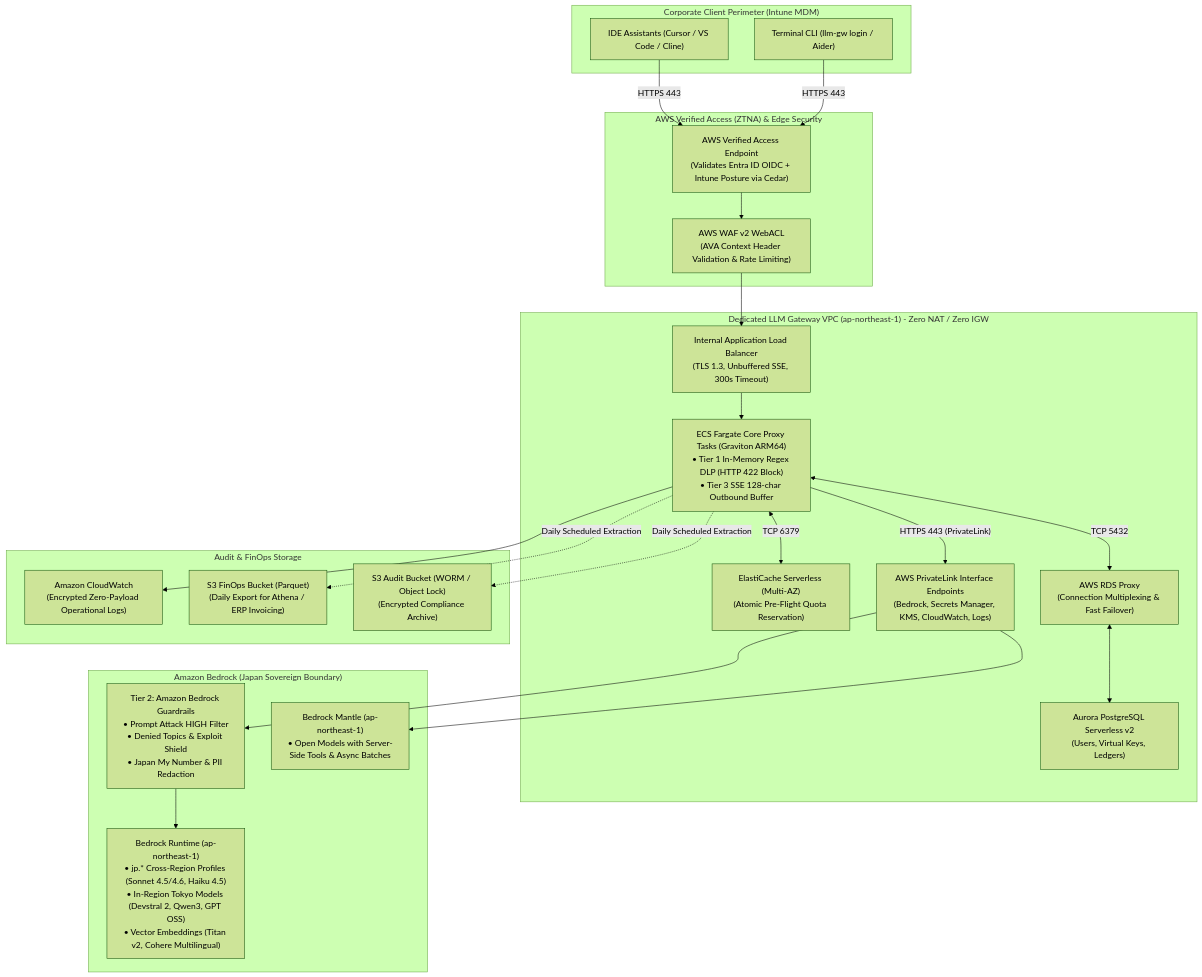
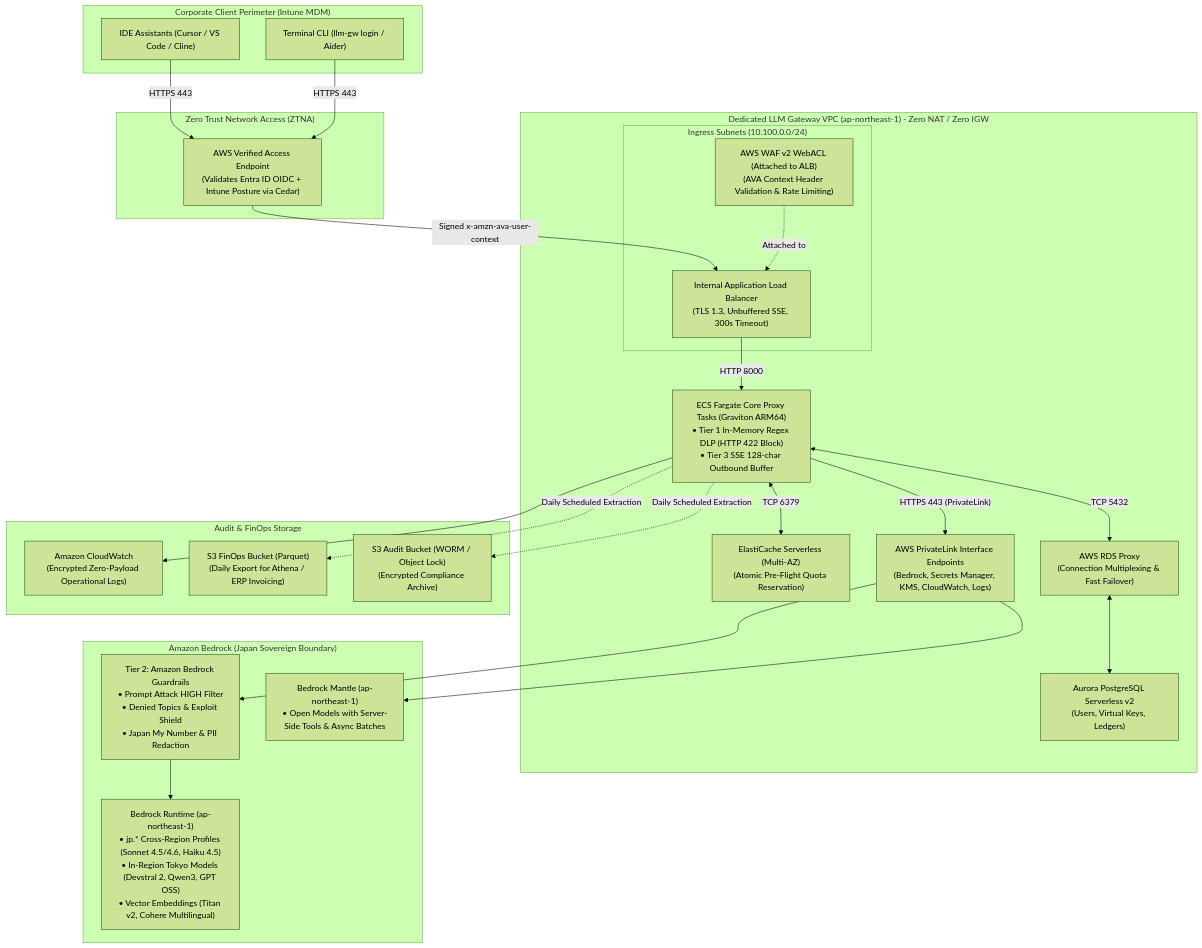
Before and after one commit to minddrop/llm-gateway: the diagram in README.md, drawn with Mermaid (forest theme). The commit also changed 2 other files, not shown here.

Commit message:
docs: align ingress framing with AWS Well-Architected VPC boundary

````diff
--- a/README.md
+++ b/README.md
@@ -49,42 +49,47 @@
 ```mermaid
 flowchart TD
     subgraph CorporateClient["Corporate Client Perimeter (Intune MDM)"]
         IDE["IDE Assistants (Cursor / VS Code / Cline)"]
         CLI["Terminal CLI (llm-gw login / Aider)"]
     end
 
-    subgraph AWS_Ingress["AWS Verified Access (ZTNA) & Edge Security"]
+    subgraph ZTNA_Ingress["Zero Trust Network Access (ZTNA)"]
         AVA["AWS Verified Access Endpoint<br/>(Validates Entra ID OIDC + Intune Posture via Cedar)"]
-        WAF["AWS WAF v2 WebACL<br/>(AVA Context Header Validation & Rate Limiting)"]
     end
 
     subgraph AWS_VPC["Dedicated LLM Gateway VPC (ap-northeast-1) - Zero NAT / Zero IGW"]
-        ALB["Internal Application Load Balancer<br/>(TLS 1.3, Unbuffered SSE, 300s Timeout)"]
+        subgraph VPC_Ingress["Ingress Subnets (10.100.0.0/24)"]
+            ALB["Internal Application Load Balancer<br/>(TLS 1.3, Unbuffered SSE, 300s Timeout)"]
+            WAF["AWS WAF v2 WebACL (Attached to ALB)<br/>(AVA Context Header Validation & Rate Limiting)"]
+        end
         Proxy["ECS Fargate Core Proxy Tasks (Graviton ARM64)<br/>• Tier 1 In-Memory Regex DLP (HTTP 422 Block)<br/>• Tier 3 SSE 128-char Outbound Buffer"]
         Redis["ElastiCache Serverless (Multi-AZ)<br/>(Atomic Pre-Flight Quota Reservation)"]
         RDS_Proxy["AWS RDS Proxy<br/>(Connection Multiplexing & Fast Failover)"]
         Aurora["Aurora PostgreSQL Serverless v2<br/>(Users, Virtual Keys, Ledgers)"]
         VPCE["AWS PrivateLink Interface Endpoints<br/>(Bedrock, Secrets Manager, KMS, CloudWatch, Logs)"]
     end
 
     subgraph Upstream_Bedrock["Amazon Bedrock (Japan Sovereign Boundary)"]
         Guardrails["Tier 2: Amazon Bedrock Guardrails<br/>• Prompt Attack HIGH Filter<br/>• Denied Topics & Exploit Shield<br/>• Japan My Number & PII Redaction"]
         Runtime["Bedrock Runtime (ap-northeast-1)<br/>• jp.* Cross-Region Profiles (Sonnet 4.5/4.6, Haiku 4.5)<br/>• In-Region Tokyo Models (Devstral 2, Qwen3, GPT OSS)<br/>• Vector Embeddings (Titan v2, Cohere Multilingual)"]
         Mantle["Bedrock Mantle (ap-northeast-1)<br/>• Open Models with Server-Side Tools & Async Batches"]
     end
 
     subgraph Storage_Telemetry["Audit & FinOps Storage"]
         CW["Amazon CloudWatch<br/>(Encrypted Zero-Payload Operational Logs)"]
         S3_FinOps["S3 FinOps Bucket (Parquet)<br/>(Daily Export for Athena / ERP Invoicing)"]
         S3_Audit["S3 Audit Bucket (WORM / Object Lock)<br/>(Encrypted Compliance Archive)"]
     end
 
-    IDE & CLI -->|"HTTPS 443"| AVA --> WAF --> ALB --> Proxy
+    IDE & CLI -->|"HTTPS 443"| AVA
+    AVA -->|"Signed x-amzn-ava-user-context"| ALB
+    WAF -.->|"Attached to"| ALB
+    ALB -->|"HTTP 8000"| Proxy
     Proxy <-->|"TCP 6379"| Redis
     Proxy <-->|"TCP 5432"| RDS_Proxy <--> Aurora
     Proxy -->|"HTTPS 443 (PrivateLink)"| VPCE
     VPCE --> Guardrails --> Runtime
     VPCE --> Mantle
     Proxy --> CW
     Proxy -.->|"Daily Scheduled Extraction"| S3_FinOps & S3_Audit
 ```
````
